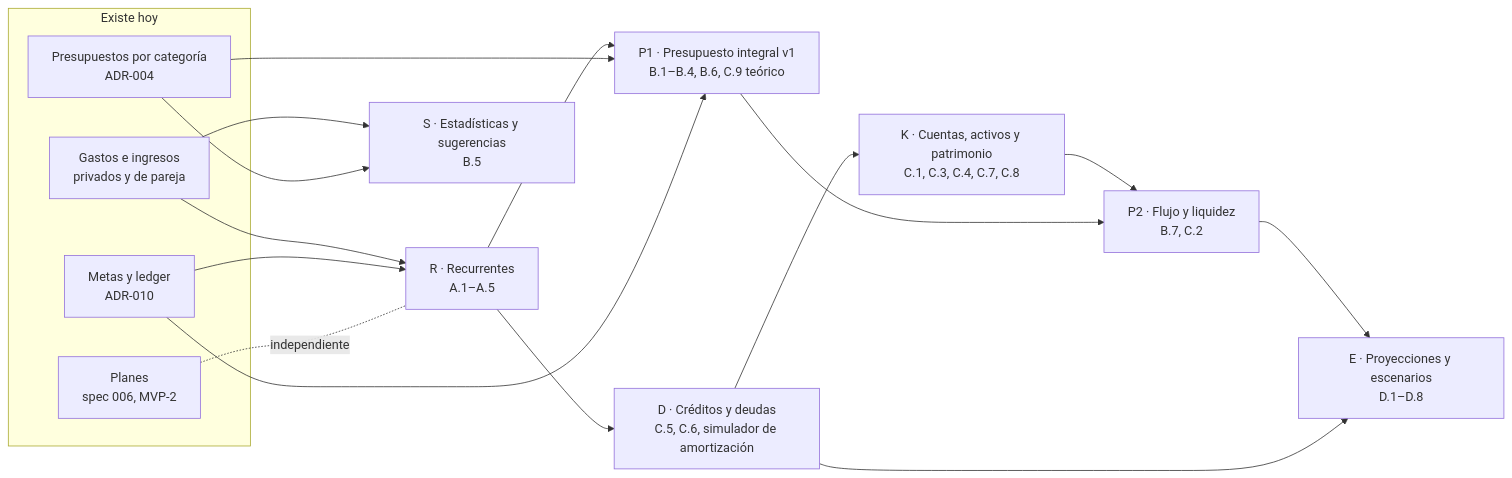
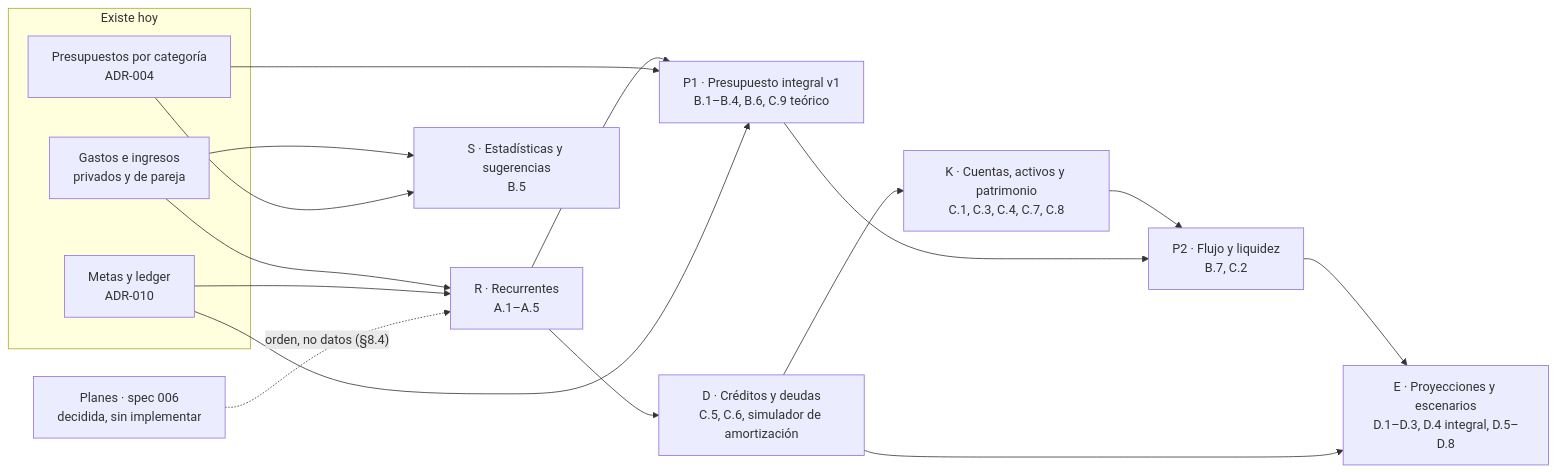
The diagram in docs/propuestas/analisis-planificacion-financiera.md (flashwp3-ctrl/juntia), drawn with Mermaid before and after one commit. The commit also changed other lines of this file and 1 other file, not shown here.

````diff
--- a/docs/propuestas/analisis-planificacion-financiera.md
+++ b/docs/propuestas/analisis-planificacion-financiera.md
@@ -304,31 +307,31 @@
 ```mermaid
 flowchart LR
   subgraph Hoy["Existe hoy"]
     TX[Gastos e ingresos<br/>privados y de pareja]
     BU[Presupuestos por categoría<br/>ADR-004]
     GO[Metas y ledger<br/>ADR-010]
-    PL[Planes<br/>spec 006, MVP-2]
   end
+  PL[Planes · spec 006<br/>decidida, sin implementar]
   R[R · Recurrentes<br/>A.1–A.5]
   P1[P1 · Presupuesto integral v1<br/>B.1–B.4, B.6, C.9 teórico]
   D[D · Créditos y deudas<br/>C.5, C.6, simulador de amortización]
   K[K · Cuentas, activos y patrimonio<br/>C.1, C.3, C.4, C.7, C.8]
   P2[P2 · Flujo y liquidez<br/>B.7, C.2]
-  E[E · Proyecciones y escenarios<br/>D.1–D.8]
+  E[E · Proyecciones y escenarios<br/>D.1–D.3, D.4 integral, D.5–D.8]
   S[S · Estadísticas y sugerencias<br/>B.5]
 
   TX --> R
   GO --> R
   R --> P1
   BU --> P1
   GO --> P1
   R --> D
   D --> K
   K --> P2
   P1 --> P2
   P2 --> E
   D --> E
   TX --> S
   BU --> S
-  PL -. independiente .- R
+  PL -. "orden, no datos (§8.4)" .-> R
 ```
````
